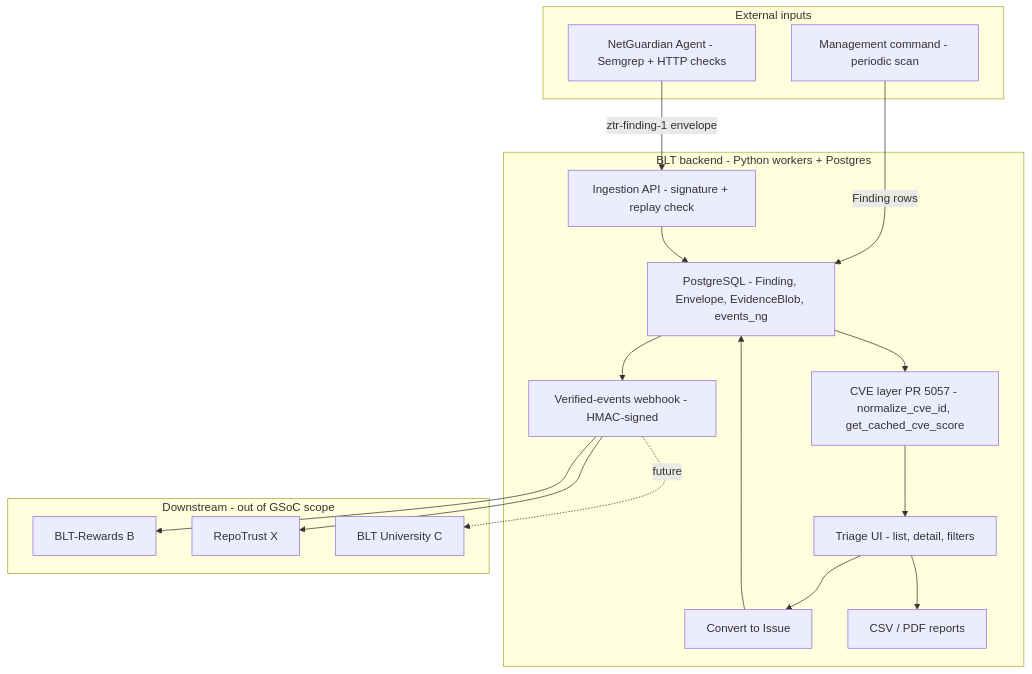
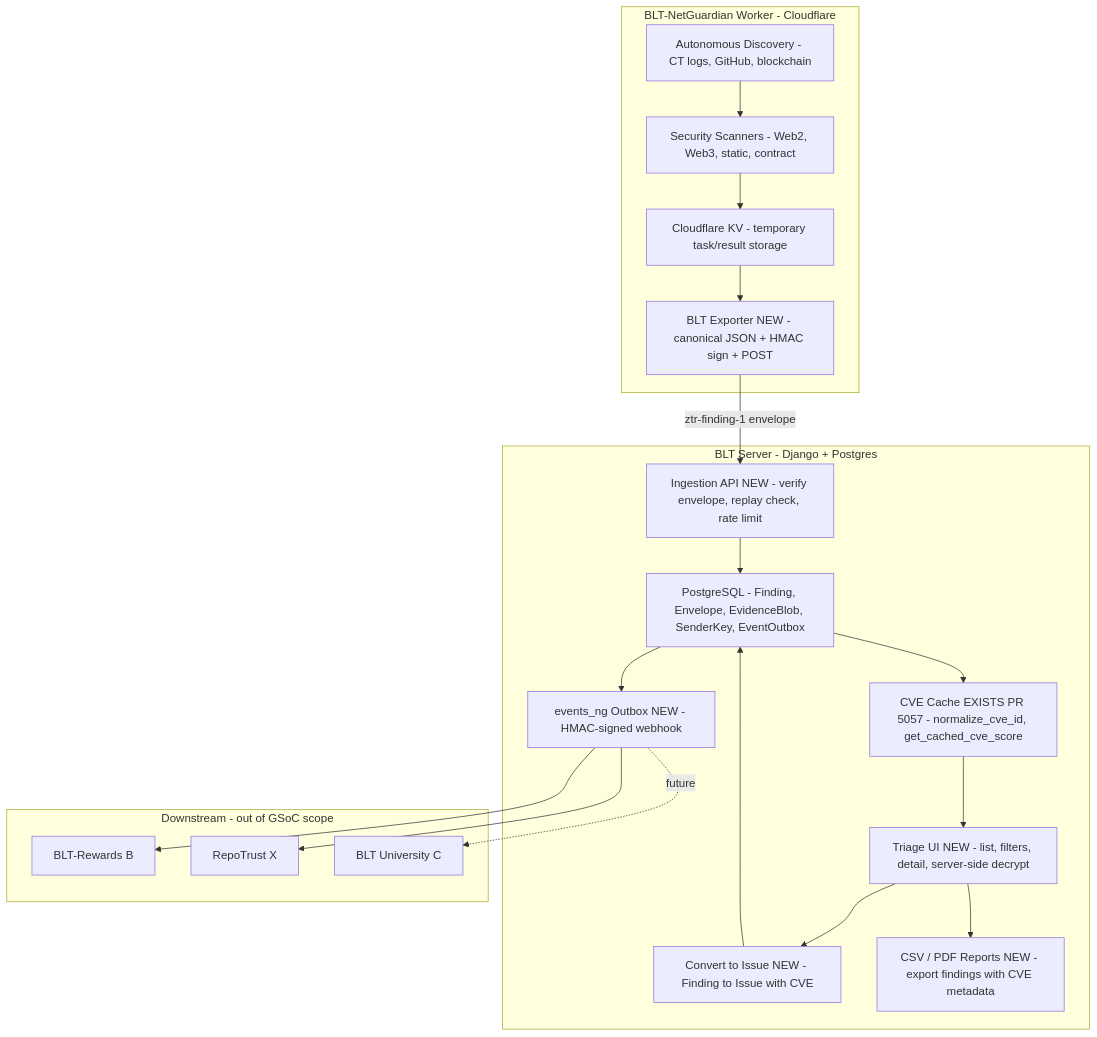
Before and after one commit to Pritz395/Just-the-approach-: the diagram in README.md, drawn with Mermaid. The commit also changed other lines of this file, not shown here.

First line of the commit message:
Align proposal with BLT-NetGuardian Worker architecture

````diff
--- a/README.md
+++ b/README.md
@@ -15,36 +31,40 @@
 ```mermaid
 flowchart TB
-    subgraph External["External inputs"]
-        Agent["NetGuardian Agent - Semgrep + HTTP checks"]
-        MgmtCmd["Management command - periodic scan"]
+    subgraph Worker["BLT-NetGuardian Worker - Cloudflare"]
+        Discovery["Autonomous Discovery - CT logs, GitHub, blockchain"]
+        Scanners["Security Scanners - Web2, Web3, static, contract"]
+        KV["Cloudflare KV - temporary task/result storage"]
+        Exporter["BLT Exporter NEW - canonical JSON + HMAC sign + POST"]
     end
 
-    subgraph BLT["BLT backend - Python workers + Postgres"]
-        Ingest["Ingestion API - signature + replay check"]
-        DB["PostgreSQL - Finding, Envelope, EvidenceBlob, events_ng"]
-        CVE["CVE layer PR 5057 - normalize_cve_id, get_cached_cve_score"]
-        Triage["Triage UI - list, detail, filters"]
-        Convert["Convert to Issue"]
-        Reports["CSV / PDF reports"]
-        Webhook["Verified-events webhook - HMAC-signed"]
+    subgraph BLT["BLT Server - Django + Postgres"]
+        Ingest["Ingestion API NEW - verify envelope, replay check, rate limit"]
+        DB["PostgreSQL - Finding, Envelope, EvidenceBlob, SenderKey, EventOutbox"]
+        CVE["CVE Cache EXISTS PR 5057 - normalize_cve_id, get_cached_cve_score"]
+        Triage["Triage UI NEW - list, filters, detail, server-side decrypt"]
+        Convert["Convert to Issue NEW - Finding to Issue with CVE"]
+        Reports["CSV / PDF Reports NEW - export findings with CVE metadata"]
+        Webhook["events_ng Outbox NEW - HMAC-signed webhook"]
     end
 
     subgraph Downstream["Downstream - out of GSoC scope"]
         Rewards["BLT-Rewards B"]
         RepoTrust["RepoTrust X"]
         University["BLT University C"]
     end
 
-    Agent -->|ztr-finding-1 envelope| Ingest
-    MgmtCmd -->|Finding rows| DB
+    Discovery --> Scanners
+    Scanners --> KV
+    KV --> Exporter
+    Exporter -->|ztr-finding-1 envelope| Ingest
     Ingest --> DB
     DB --> CVE
     CVE --> Triage
     Triage --> Convert
     Convert --> DB
     DB --> Webhook
     Triage --> Reports
     Webhook --> Rewards
     Webhook --> RepoTrust
     Webhook -.->|future| University
 ```
````
